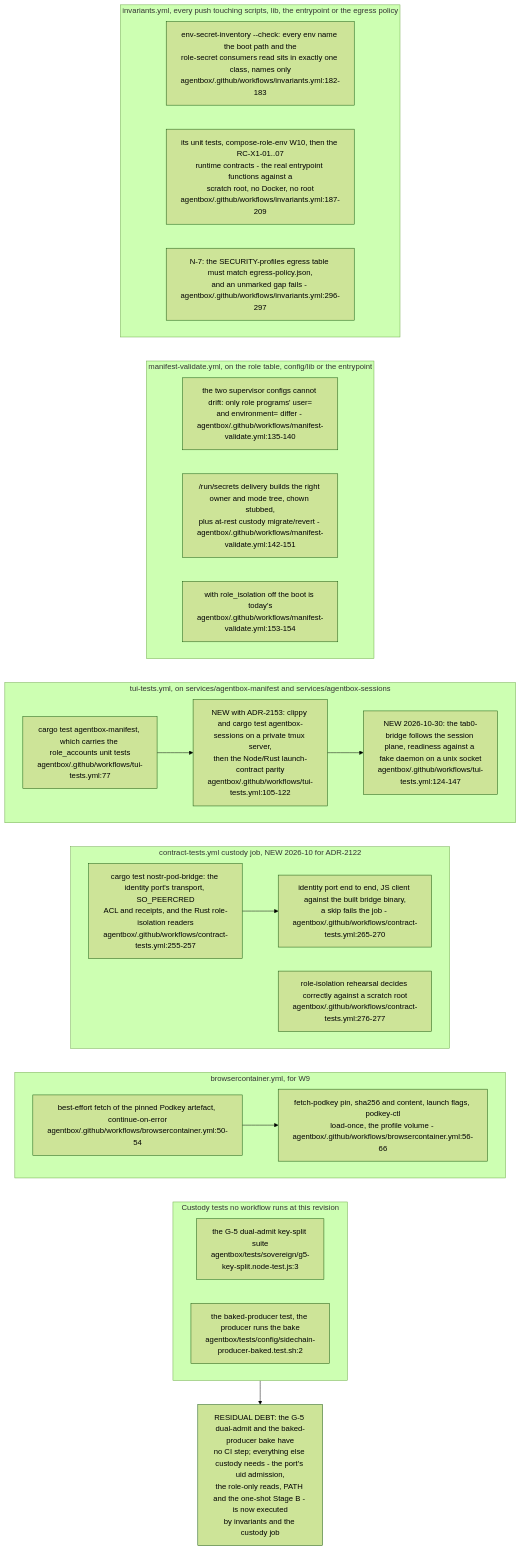
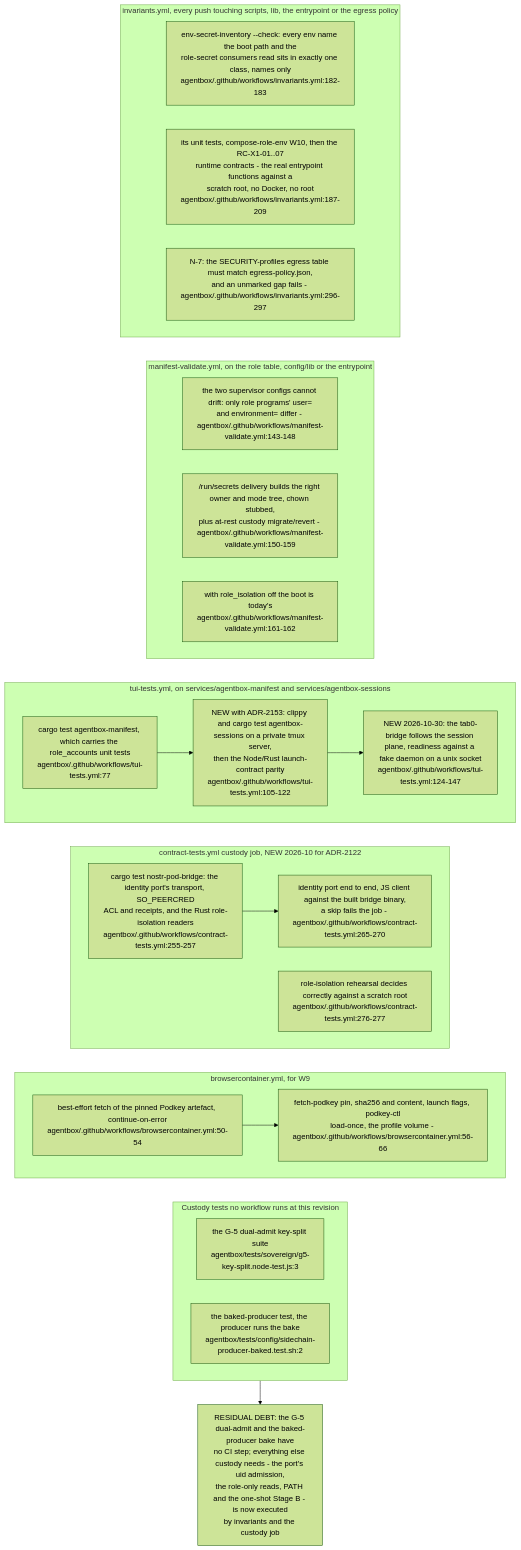
One commit to DreamLab-AI/VisionFlow changed diagram 24 of 24 in docs/diagrams/estate/09-build-deploy-and-ci-estate.md. Above: the diagram before and after it, drawn with Mermaid (forest theme). The commit also changed other lines of this file and 5 other files, not shown here.

````diff
--- a/docs/diagrams/estate/09-build-deploy-and-ci-estate.md
+++ b/docs/diagrams/estate/09-build-deploy-and-ci-estate.md
@@ -864,41 +867,41 @@
 ```mermaid
 flowchart TB
     subgraph INV["invariants.yml, every push touching scripts, lib, the entrypoint or the egress policy"]
         I1["env-secret-inventory --check: every env name the boot path and the<br/>role-secret consumers read sits in exactly one class, names only<br/>agentbox/.github/workflows/invariants.yml:182-183"]
         I2["its unit tests, compose-role-env W10, then the RC-X1-01..07<br/>runtime contracts - the real entrypoint functions against a<br/>scratch root, no Docker, no root<br/>agentbox/.github/workflows/invariants.yml:187-209"]
         I3["N-7: the SECURITY-profiles egress table must match egress-policy.json,<br/>and an unmarked gap fails - agentbox/.github/workflows/invariants.yml:296-297"]
     end
     subgraph MV["manifest-validate.yml, on the role table, config/lib or the entrypoint"]
-        M1["the two supervisor configs cannot drift: only role programs' user=<br/>and environment= differ - agentbox/.github/workflows/manifest-validate.yml:135-140"]
-        M2["/run/secrets delivery builds the right owner and mode tree, chown stubbed,<br/>plus at-rest custody migrate/revert - agentbox/.github/workflows/manifest-validate.yml:142-151"]
-        M3["with role_isolation off the boot is today's<br/>agentbox/.github/workflows/manifest-validate.yml:153-154"]
+        M1["the two supervisor configs cannot drift: only role programs' user=<br/>and environment= differ - agentbox/.github/workflows/manifest-validate.yml:143-148"]
+        M2["/run/secrets delivery builds the right owner and mode tree, chown stubbed,<br/>plus at-rest custody migrate/revert - agentbox/.github/workflows/manifest-validate.yml:150-159"]
+        M3["with role_isolation off the boot is today's<br/>agentbox/.github/workflows/manifest-validate.yml:161-162"]
     end
     subgraph TUI["tui-tests.yml, on services/agentbox-manifest and services/agentbox-sessions"]
         T1["cargo test agentbox-manifest, which carries the role_accounts unit tests<br/>agentbox/.github/workflows/tui-tests.yml:77"]
         T2["NEW with ADR-2153: clippy and cargo test agentbox-sessions on a private tmux server,<br/>then the Node/Rust launch-contract parity<br/>agentbox/.github/workflows/tui-tests.yml:105-122"]
         T3["NEW 2026-10-30: the tab0-bridge follows the session plane, readiness against a fake daemon on a unix socket<br/>agentbox/.github/workflows/tui-tests.yml:124-147"]
         T1 --> T2
         T2 --> T3
     end
     subgraph CT["contract-tests.yml custody job, NEW 2026-10 for ADR-2122"]
         C1["cargo test nostr-pod-bridge: the identity port's transport, SO_PEERCRED<br/>ACL and receipts, and the Rust role-isolation readers<br/>agentbox/.github/workflows/contract-tests.yml:255-257"]
         C2["identity port end to end, JS client against the built bridge binary,<br/>a skip fails the job - agentbox/.github/workflows/contract-tests.yml:265-270"]
         C3["role-isolation rehearsal decides correctly against a scratch root<br/>agentbox/.github/workflows/contract-tests.yml:276-277"]
         C1 --> C2
     end
     subgraph BC["browsercontainer.yml, for W9"]
         B1["best-effort fetch of the pinned Podkey artefact, continue-on-error<br/>agentbox/.github/workflows/browsercontainer.yml:50-54"]
         B2["fetch-podkey pin, sha256 and content, launch flags, podkey-ctl<br/>load-once, the profile volume - agentbox/.github/workflows/browsercontainer.yml:56-66"]
         B1 --> B2
     end
     subgraph NONE["Custody tests no workflow runs at this revision"]
         N1["the G-5 dual-admit key-split suite<br/>agentbox/tests/sovereign/g5-key-split.node-test.js:3"]
         N2["the baked-producer test, the producer runs the bake<br/>agentbox/tests/config/sidechain-producer-baked.test.sh:2"]
     end
     INV ~~~ MV
     MV ~~~ TUI
     TUI ~~~ CT
     CT ~~~ BC
     BC ~~~ NONE
     NONE --> D["RESIDUAL DEBT: the G-5 dual-admit and the baked-producer bake have<br/>no CI step; everything else custody needs - the port's uid admission,<br/>the role-only reads, PATH and the one-shot Stage B - is now executed<br/>by invariants and the custody job"]
 ```
````
